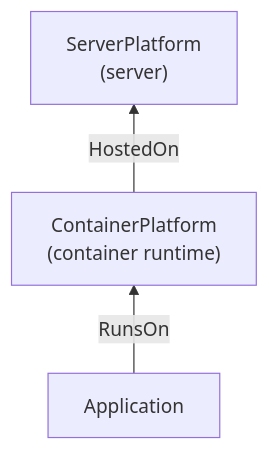
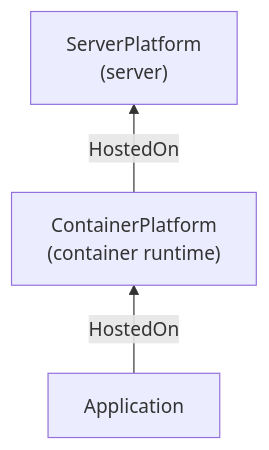
The second of 2 diagrams in profiles/community/tosca/abstract/platform/README.md (oasis-open/tosca-community-contributions), drawn with Mermaid before and after one commit. The commit also changed other lines of this file and 10 other files, not shown here.

````diff
--- a/profiles/community/tosca/abstract/platform/README.md
+++ b/profiles/community/tosca/abstract/platform/README.md
@@ -223,5 +217,5 @@
 ```mermaid
 graph BT
     engine["ContainerPlatform<br/>(container runtime)"] -->|HostedOn| server["ServerPlatform<br/>(server)"]
-    app["Application"] -->|RunsOn| engine
+    app["Application"] -->|HostedOn| engine
 ```
````
